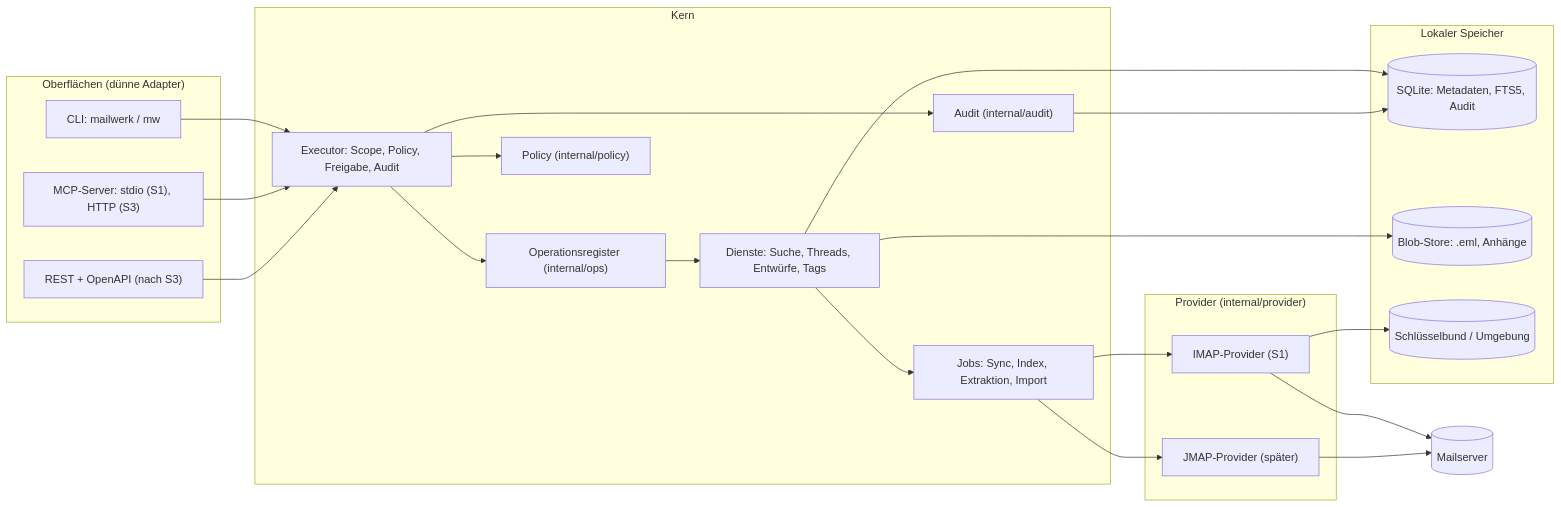
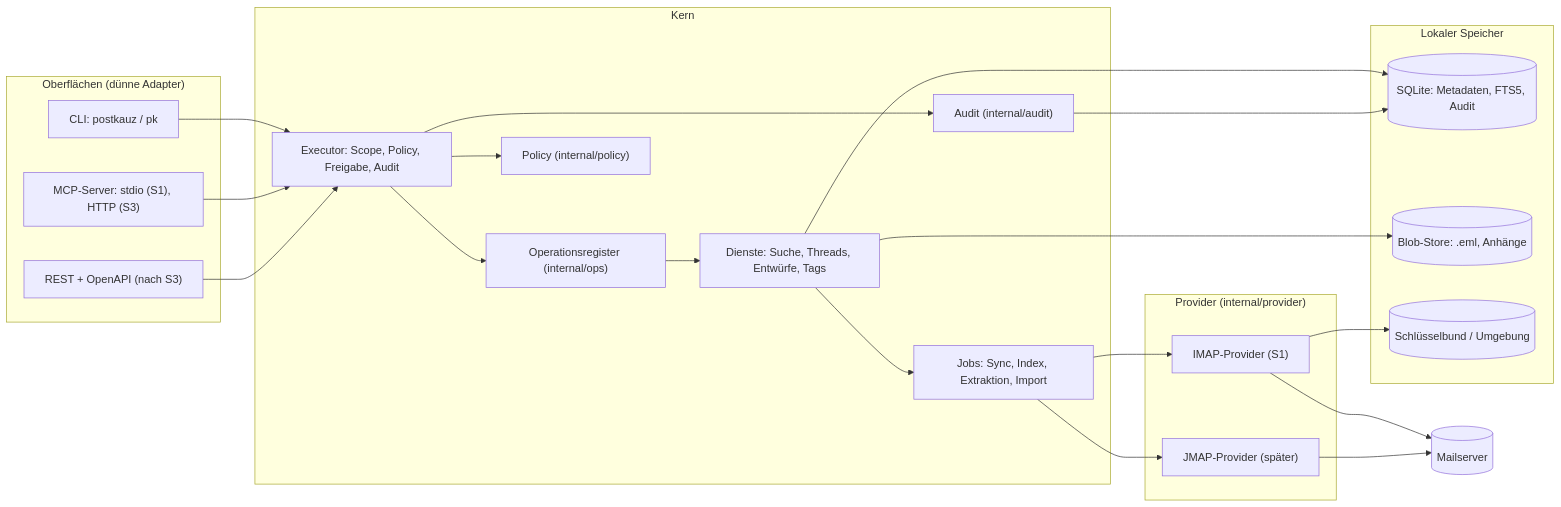
One commit to KNUFFIXX/postkauz changed the first of 2 diagrams in docs/architektur.md. Above: the diagram before and after it, drawn with Mermaid. The commit also changed other lines of this file and 40 other files, not shown here.

````diff
--- a/docs/architektur.md
+++ b/docs/architektur.md
@@ -13,43 +13,43 @@
 ```mermaid
 flowchart LR
   subgraph Oberflaechen["Oberflächen (dünne Adapter)"]
-    CLI["CLI: mailwerk / mw"]
+    CLI["CLI: postkauz / pk"]
     MCP["MCP-Server: stdio (S1), HTTP (S3)"]
     REST["REST + OpenAPI (nach S3)"]
   end
   subgraph Kern["Kern"]
     REG["Operationsregister (internal/ops)"]
     EXE["Executor: Scope, Policy, Freigabe, Audit"]
     POL["Policy (internal/policy)"]
     AUD["Audit (internal/audit)"]
     SVC["Dienste: Suche, Threads, Entwürfe, Tags"]
     JOB["Jobs: Sync, Index, Extraktion, Import"]
   end
   subgraph Speicher["Lokaler Speicher"]
     DB[("SQLite: Metadaten, FTS5, Audit")]
     BLOB[("Blob-Store: .eml, Anhänge")]
     KEY[("Schlüsselbund / Umgebung")]
   end
   subgraph Anbieter["Provider (internal/provider)"]
     IMAP["IMAP-Provider (S1)"]
     JMAP["JMAP-Provider (später)"]
   end
   SRV[("Mailserver")]
 
   CLI --> EXE
   MCP --> EXE
   REST --> EXE
   EXE --> REG
   EXE --> POL
   EXE --> AUD
   REG --> SVC
   SVC --> DB
   SVC --> BLOB
   SVC --> JOB
   AUD --> DB
   JOB --> IMAP
   JOB --> JMAP
   IMAP --> KEY
   IMAP --> SRV
   JMAP --> SRV
 ```
````
